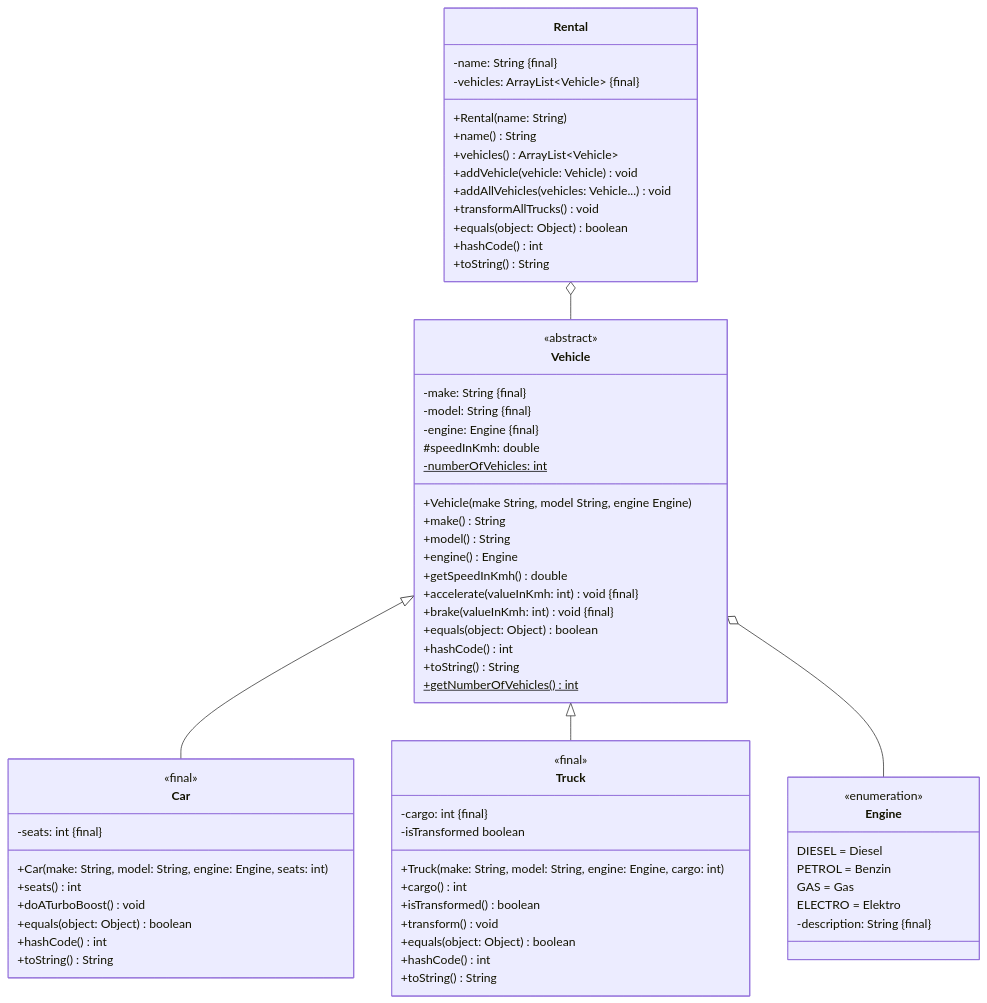
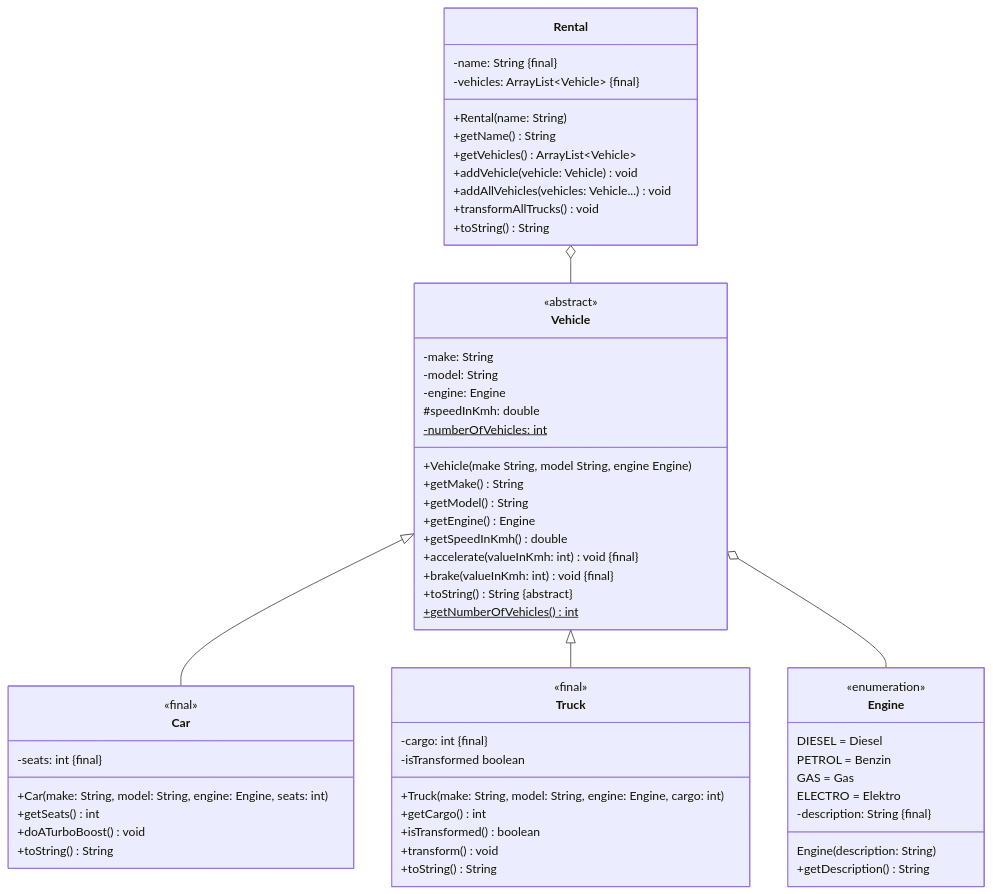
Before and after one commit to jappuccini/java-docs: the diagram in docs/exercises/abstract-and-final/abstract-and-final01.mdx, drawn with Mermaid.

````diff
--- a/docs/exercises/abstract-and-final/abstract-and-final01.mdx
+++ b/docs/exercises/abstract-and-final/abstract-and-final01.mdx
@@ -14,74 +14,68 @@
 ```mermaid
 classDiagram
     Vehicle <|-- Car
     Vehicle <|-- Truck
     Vehicle o-- Engine
     Rental o-- Vehicle
 
     class Vehicle {
         <<abstract>>
-        -make: String &#123final&#125
-        -model: String &#123final&#125
-        -engine: Engine &#123final&#125
+        -make: String 
+        -model: String 
+        -engine: Engine 
         #speedInKmh: double
         -numberOfVehicles: int$
         +Vehicle(make String, model String, engine Engine)
-        +make() String
-        +model() String
-        +engine() Engine
+        +getMake() String
+        +getModel() String
+        +getEngine() Engine
         +getSpeedInKmh() double
         +accelerate(valueInKmh: int) void &#123final&#125
         +brake(valueInKmh: int) void &#123final&#125
-        +equals(object: Object) boolean
-        +hashCode() int
-        +toString() String
+        +toString() String &#123abstract&#125
         +getNumberOfVehicles()$ int
     }
 
     class Engine {
         <<enumeration>>
         DIESEL = Diesel
         PETROL = Benzin
         GAS = Gas
         ELECTRO = Elektro
         -description: String &#123final&#125
+        Engine(description: String)
+        +getDescription() String
     }
 
     class Car {
         <<final>>
         -seats: int &#123final&#125
         +Car(make: String, model: String, engine: Engine, seats: int)
-        +seats() int
+        +getSeats() int
         +doATurboBoost() void
-        +equals(object: Object) boolean
-        +hashCode() int
         +toString() String
     }
 
     class Truck {
         <<final>>
         -cargo: int &#123final&#125
         -isTransformed boolean
         +Truck(make: String, model: String, engine: Engine, cargo: int)
-        +cargo() int
+        +getCargo() int
         +isTransformed() boolean
         +transform() void
-        +equals(object: Object) boolean
-        +hashCode() int
         +toString() String
     }
 
     class Rental {
         -name: String &#123final&#125
         -vehicles: ArrayList~Vehicle~ &#123final&#125
         +Rental(name: String)
-        +name() String
-        +vehicles() ArrayList~Vehicle~
+        +getName() String
+        +getVehicles() ArrayList~Vehicle~
         +addVehicle(vehicle: Vehicle) void
         +addAllVehicles(vehicles: Vehicle...) void
         +transformAllTrucks() void
-        +equals(object: Object) boolean
-        +hashCode() int
         +toString() String
     }
 ```
````
